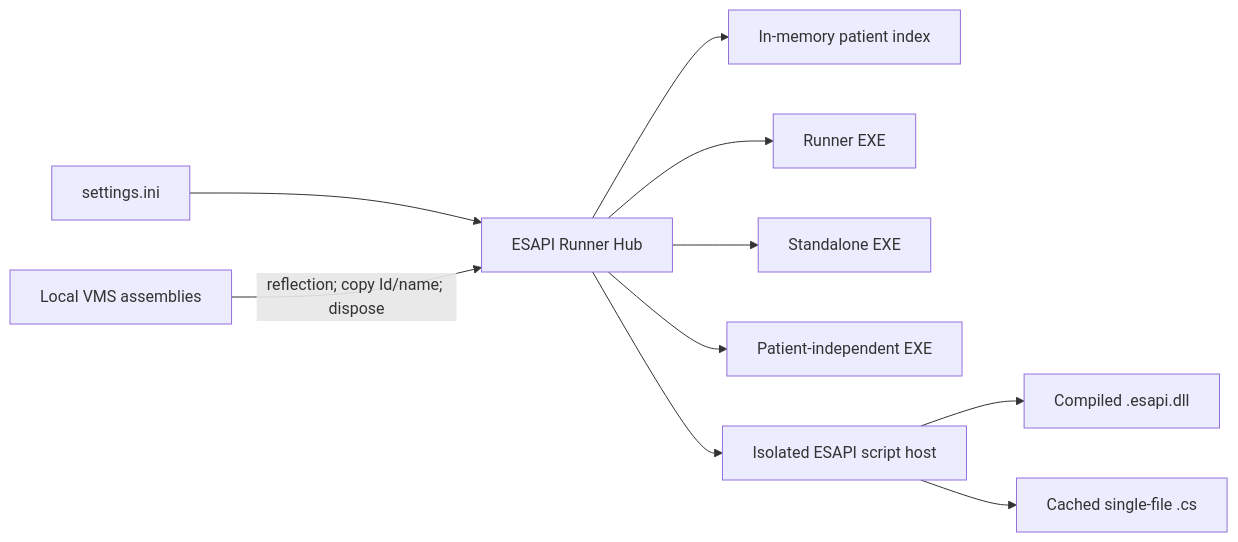
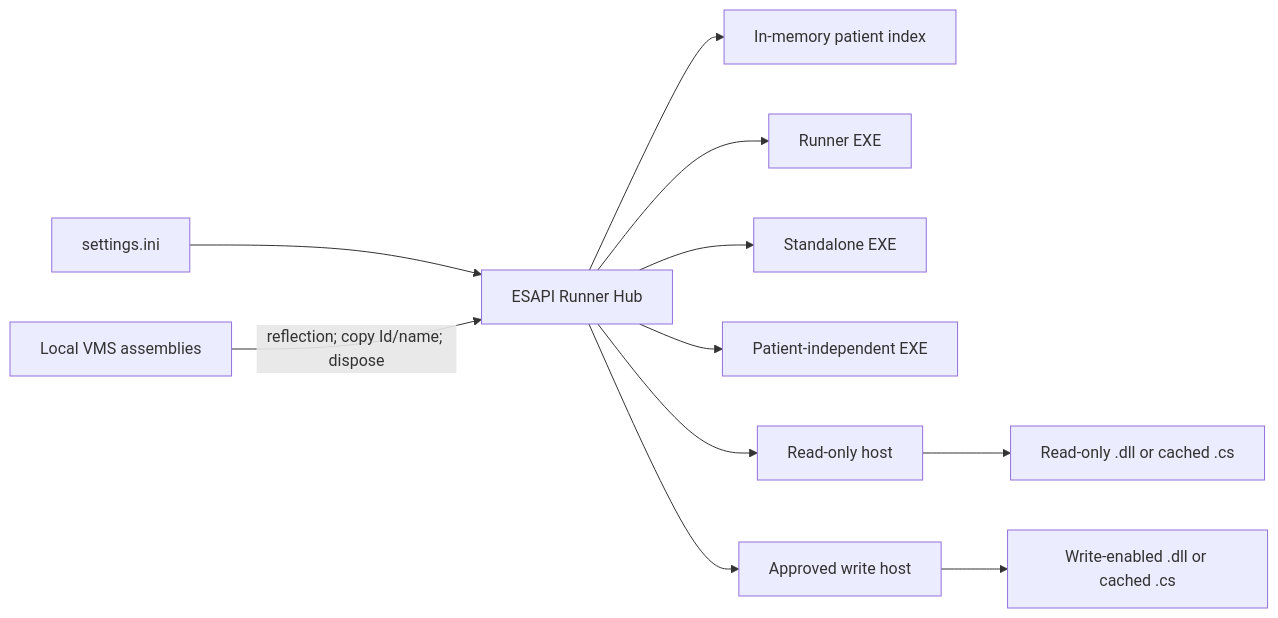
The diagram in README.md (Kiragroh/ESAPI-Runner-Hub), drawn with Mermaid before and after one commit. The commit also changed other lines of this file and 44 other files, not shown here.

Commit message:
feat: separate read and write ESAPI script hosts

````diff
--- a/README.md
+++ b/README.md
@@ -23,12 +23,13 @@
 ```mermaid
 flowchart LR
     INI["settings.ini"] --> HUB["ESAPI Runner Hub"]
     API["Local VMS assemblies"] -->|"reflection; copy Id/name; dispose"| HUB
     HUB --> CACHE["In-memory patient index"]
     HUB --> A["Runner EXE"]
     HUB --> B["Standalone EXE"]
     HUB --> C["Patient-independent EXE"]
-    HUB --> HOST["Isolated ESAPI script host"]
-    HOST --> DLL["Compiled .esapi.dll"]
-    HOST --> CS["Cached single-file .cs"]
+    HUB --> ROHOST["Read-only host"]
+    HUB --> WHOST["Approved write host"]
+    ROHOST --> READ["Read-only .dll or cached .cs"]
+    WHOST --> WRITE["Write-enabled .dll or cached .cs"]
 ```
````
